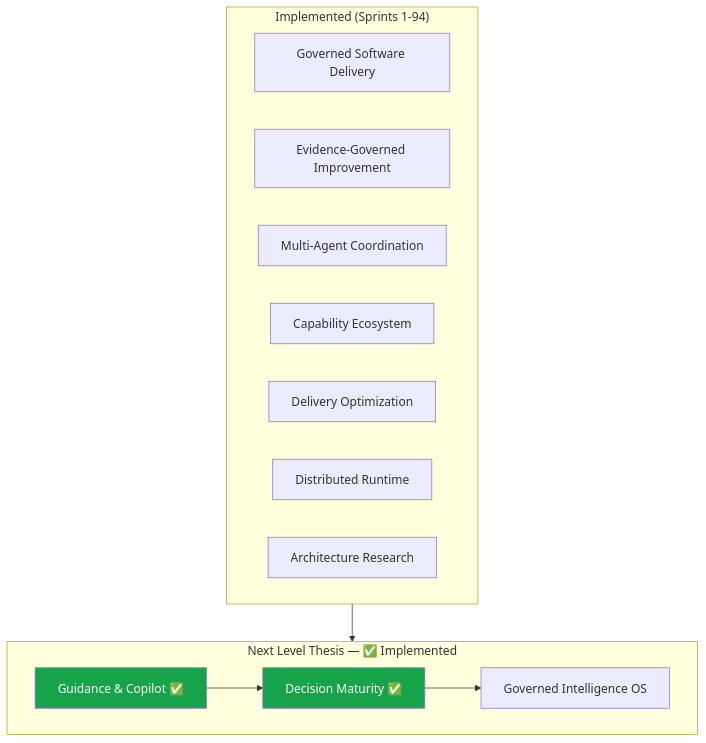
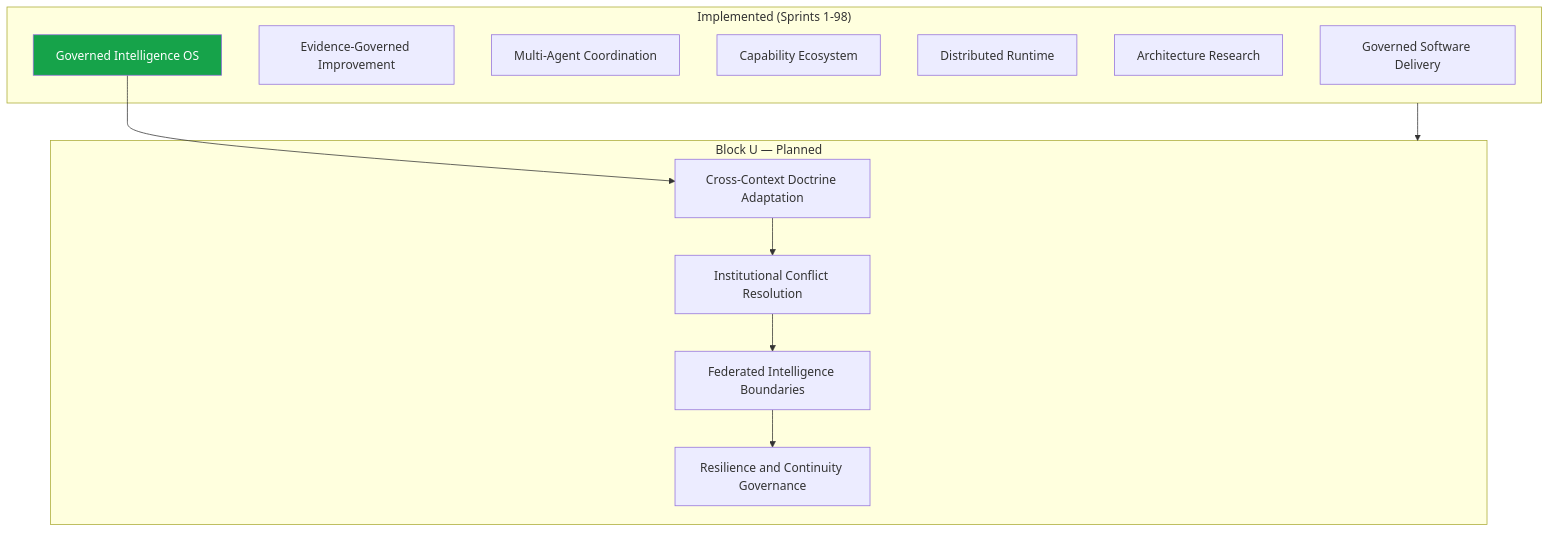
One commit to zansued/axionos changed the diagram in docs/ROADMAP.md. Above: the diagram before and after it, drawn with Mermaid. The commit also changed other lines of this file, not shown here.

````diff
--- a/docs/ROADMAP.md
+++ b/docs/ROADMAP.md
@@ -113,22 +115,24 @@
 ```mermaid
 flowchart TD
-    subgraph Complete["Implemented (Sprints 1-94)"]
+    subgraph Complete["Implemented (Sprints 1-98)"]
         A[Governed Software Delivery]
         B[Evidence-Governed Improvement]
         C[Multi-Agent Coordination]
         D[Capability Ecosystem]
-        E[Delivery Optimization]
-        F[Distributed Runtime]
-        G[Architecture Research]
+        E[Distributed Runtime]
+        F[Architecture Research]
+        G[Governed Intelligence OS]
     end
-    subgraph NextLevel["Next Level Thesis — ✅ Implemented"]
-        H["Guidance & Copilot ✅"]
-        I["Decision Maturity ✅"]
-        J[Governed Intelligence OS]
+    subgraph NextLevel["Block U — Planned"]
+        H[Cross-Context Doctrine Adaptation]
+        I[Institutional Conflict Resolution]
+        J[Federated Intelligence Boundaries]
+        K[Resilience and Continuity Governance]
     end
     Complete --> NextLevel
+    G --> H
     H --> I
     I --> J
-    style H fill:#16a34a,color:#fff
-    style I fill:#16a34a,color:#fff
+    J --> K
+    style G fill:#16a34a,color:#fff
 ```
````
